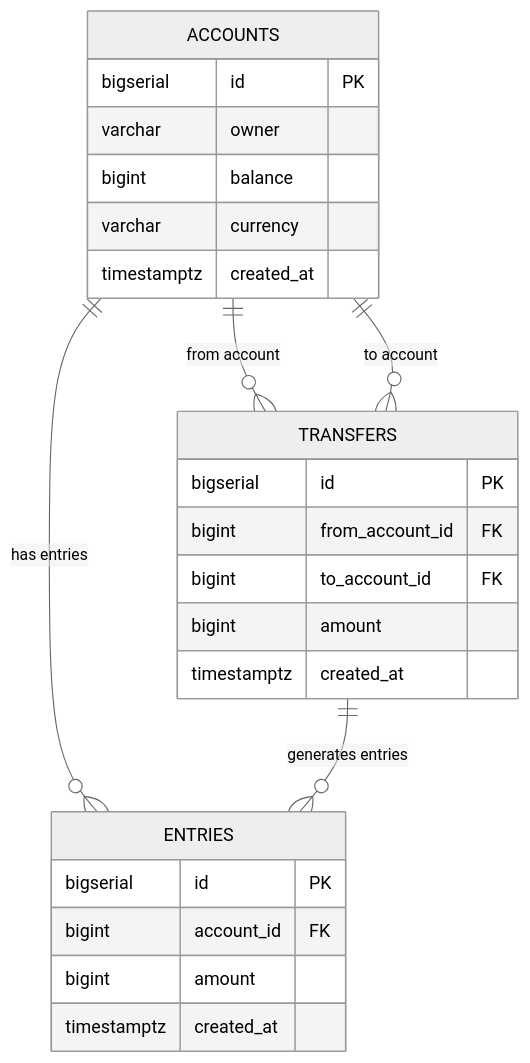
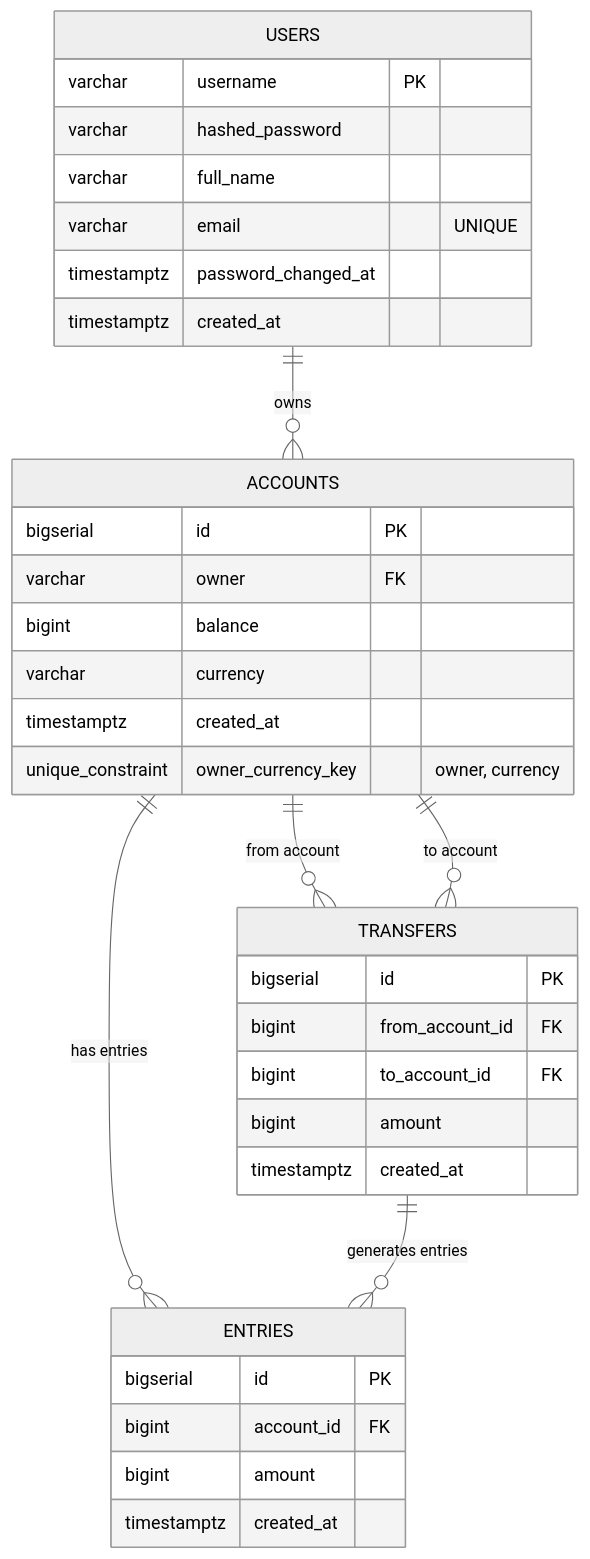
One commit to tatekicct/simplebank changed the second of 3 diagrams in README.md. Above: the diagram before and after it, drawn with Mermaid (neutral theme). The commit also changed other lines of this file, not shown here.

````diff
--- a/README.md
+++ b/README.md
@@ -94,30 +133,41 @@
 ```mermaid
 erDiagram
+    USERS ||--o{ ACCOUNTS : "owns"
     ACCOUNTS ||--o{ ENTRIES : "has entries"
     ACCOUNTS ||--o{ TRANSFERS : "from account"
     ACCOUNTS ||--o{ TRANSFERS : "to account"
     TRANSFERS ||--o{ ENTRIES : "generates entries"
 
+    USERS {
+        varchar username PK
+        varchar hashed_password
+        varchar full_name
+        varchar email "UNIQUE"
+        timestamptz password_changed_at
+        timestamptz created_at
+    }
+
     ACCOUNTS {
         bigserial id PK
-        varchar owner
+        varchar owner FK
         bigint balance
         varchar currency
         timestamptz created_at
+        unique_constraint owner_currency_key "owner, currency"
     }
 
     ENTRIES {
         bigserial id PK
         bigint account_id FK
         bigint amount
         timestamptz created_at
     }
 
     TRANSFERS {
         bigserial id PK
         bigint from_account_id FK
         bigint to_account_id FK
         bigint amount
         timestamptz created_at
     }
 ```
````
